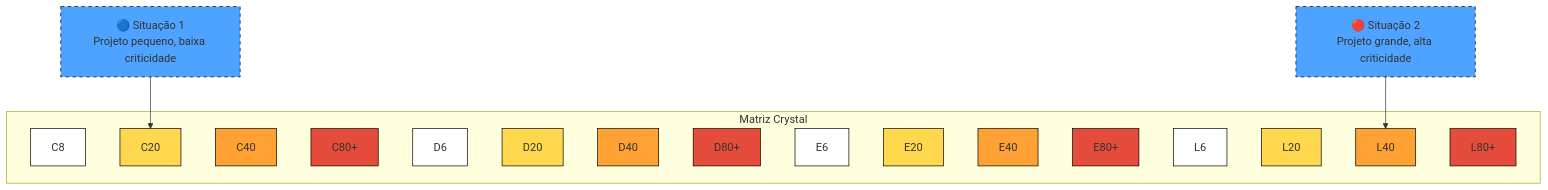
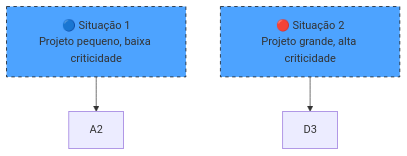
Before and after one commit to ramtrigodev/grafico_gant: the fifth of 5 diagrams in README.md, drawn with Mermaid.

````diff
--- a/README.md
+++ b/README.md
@@ -60,35 +60,15 @@
 ```mermaid
 graph TD
-    subgraph Matriz Crystal
-        A1["C8"]:::branco
-        A2["C20"]:::amarelo
-        A3["C40"]:::laranja
-        A4["C80+"]:::vermelho
-
-        B1["D6"]:::branco
-        B2["D20"]:::amarelo
-        B3["D40"]:::laranja
-        B4["D80+"]:::vermelho
-
-        C1["E6"]:::branco
-        C2["E20"]:::amarelo
-        C3["E40"]:::laranja
-        C4["E80+"]:::vermelho
-
-        D1["L6"]:::branco
-        D2["L20"]:::amarelo
-        D3["L40"]:::laranja
-        D4["L80+"]:::vermelho
-    end
+  
 
     %% Marcações das situações
     S1["🔵 Situação 1\nProjeto pequeno, baixa criticidade"]:::situacao --> A2
     S2["🔴 Situação 2\nProjeto grande, alta criticidade"]:::situacao --> D3
 
     classDef branco fill:#fff,stroke:#000,stroke-width:1px;
     classDef amarelo fill:#FFD84D,stroke:#000,stroke-width:1px;
     classDef laranja fill:#FFA233,stroke:#000,stroke-width:1px;
     classDef vermelho fill:#E64C3C,stroke:#000,stroke-width:1px;
     classDef situacao fill:#4DA3FF,stroke:#000,stroke-width:1px,stroke-dasharray: 5 5;
 
 ```
````
